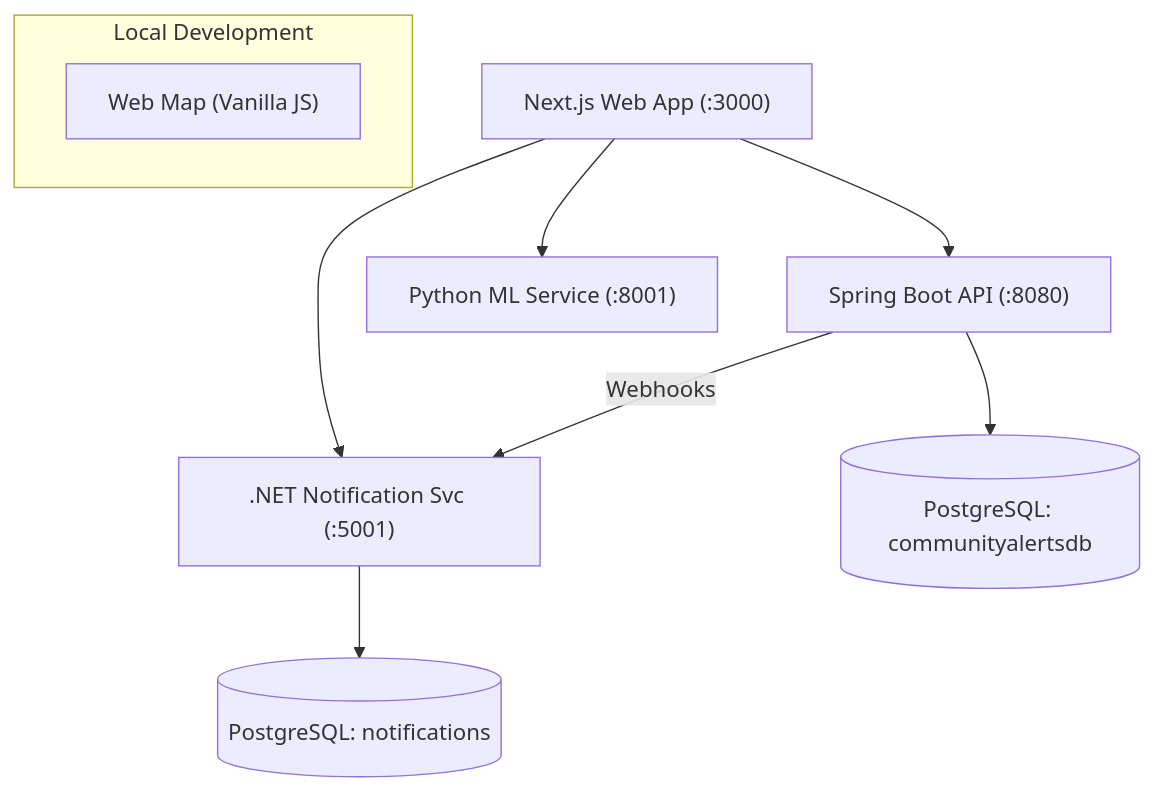
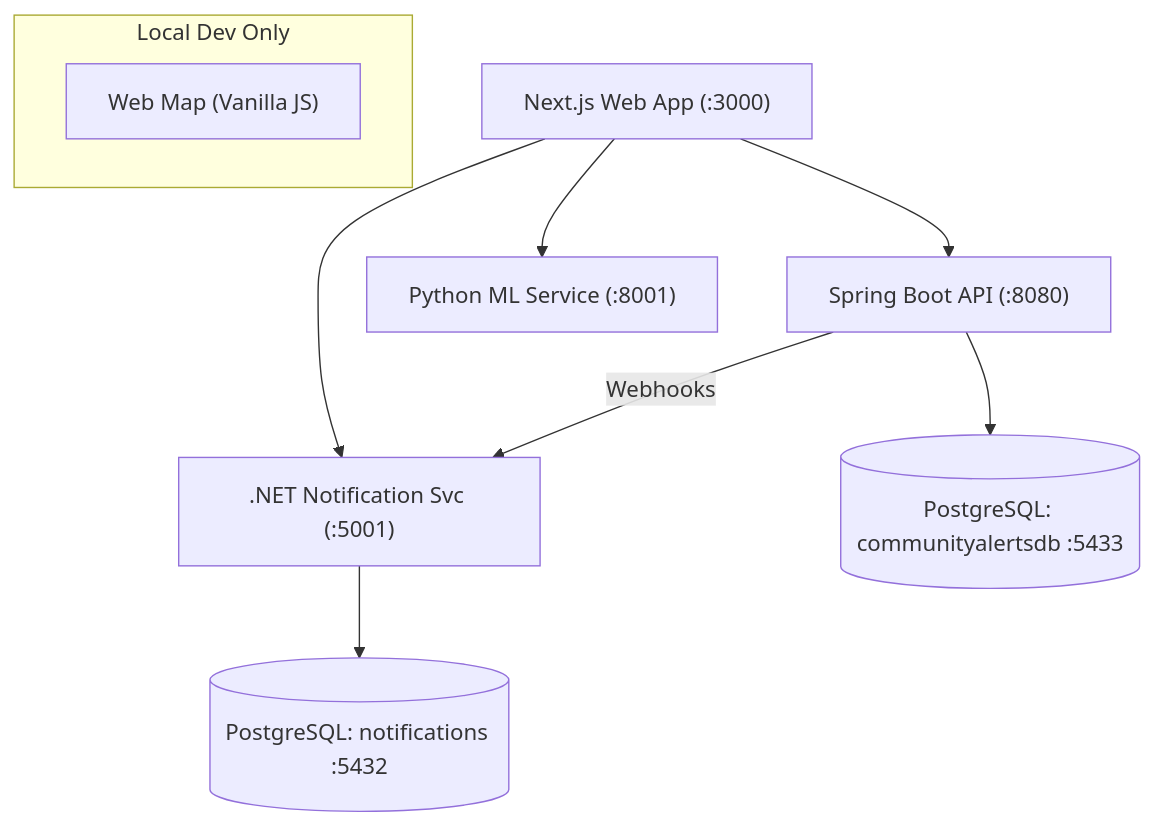
Before and after one commit to flyinginsectsunpig/community-alerts-platform: the diagram in README.md, drawn with Mermaid. The commit also changed other lines of this file, not shown here.

````diff
--- a/README.md
+++ b/README.md
@@ -11,14 +32,14 @@
 ```mermaid
 graph TD
     Client["Next.js Web App (:3000)"] --> JavaAPI["Spring Boot API (:8080)"]
     Client --> MLAPI["Python ML Service (:8001)"]
     Client --> NotifAPI[".NET Notification Svc (:5001)"]
     
-    JavaAPI --> DB1[(PostgreSQL: communityalertsdb)]
+    JavaAPI --> DB1[(PostgreSQL: communityalertsdb :5433)]
     JavaAPI -- "Webhooks" --> NotifAPI
-    NotifAPI --> DB2[(PostgreSQL: notifications)]
+    NotifAPI --> DB2[(PostgreSQL: notifications :5432)]
     
-    subgraph "Local Development"
+    subgraph "Local Dev Only"
         MapUI["Web Map (Vanilla JS)"]
     end
 ```
````
